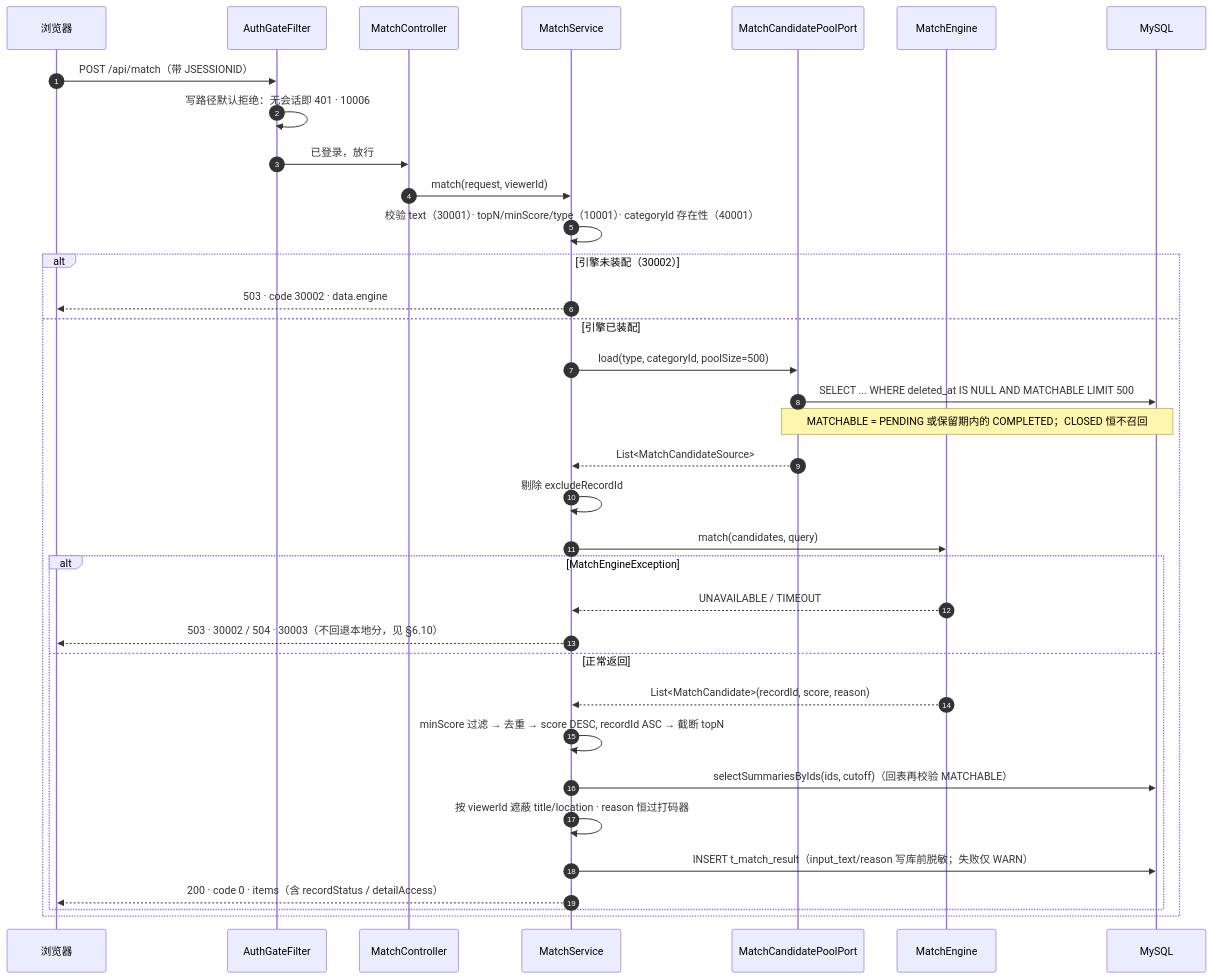
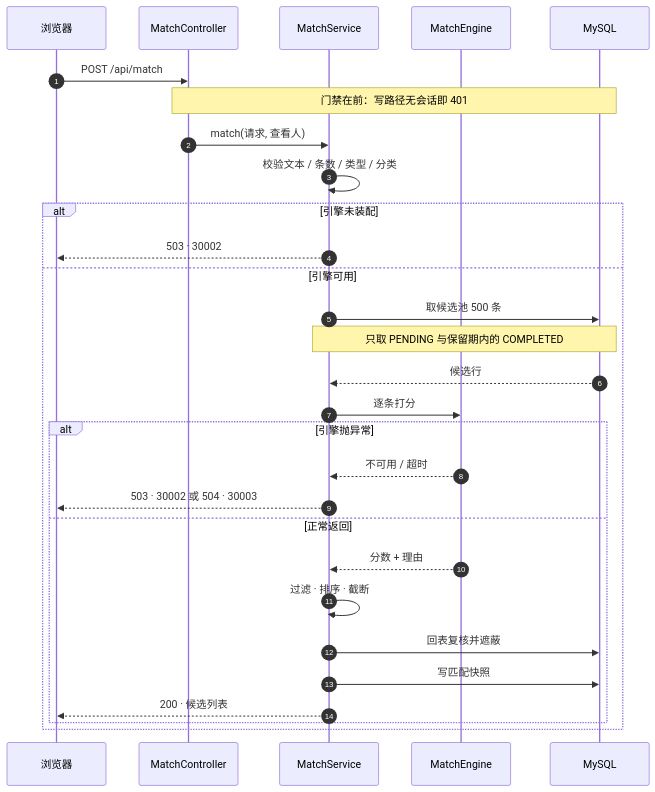
One commit to BLingKiy/find-it-campus changed the diagram in docs/design/diagrams/match-sequence.mmd. Above: the diagram before and after it, drawn with Mermaid. The commit also changed 58 other files, not shown here.

```diff
--- a/docs/design/diagrams/match-sequence.mmd
+++ b/docs/design/diagrams/match-sequence.mmd
@@ -1,39 +1,36 @@
-%% find-it-campus · POST /api/match 调用时序（v2，含失败出口）
-%% 事实来源：AuthGateFilter / MatchController / MatchService / RecordCandidatePoolAdapter / KeywordMatchEngine / MatchResultMapper
+%% find-it-campus · POST /api/match 调用时序（含失败出口）
+%% 事实来源：AuthGateFilter / MatchController / MatchService / RecordCandidatePoolAdapter /
+%%          KeywordMatchEngine / MatchResultMapper
+%% 版式：参与者 ≤5、单条消息 ≤18 字
+%%{init: {"themeVariables": {"fontSize": "18px"}, "sequence": {"actorFontSize": 18, "noteFontSize": 17, "messageFontSize": 17, "wrap": false}}}%%
 sequenceDiagram
   autonumber
-  participant C as 浏览器
-  participant Gate as AuthGateFilter
-  participant Ctl as MatchController
-  participant Svc as MatchService
-  participant Pool as MatchCandidatePoolPort
-  participant Eng as MatchEngine
+  participant B as 浏览器
+  participant C as MatchController
+  participant S as MatchService
+  participant E as MatchEngine
   participant DB as MySQL
 
-  C->>Gate: POST /api/match（带 JSESSIONID）
-  Gate->>Gate: 写路径默认拒绝：无会话即 401 · 10006
-  Gate->>Ctl: 已登录，放行
-  Ctl->>Svc: match(request, viewerId)
-  Svc->>Svc: 校验 text（30001）· topN/minScore/type（10001）· categoryId 存在性（40001）
+  B->>C: POST /api/match
+  Note over C,DB: 门禁在前：写路径无会话即 401
+  C->>S: match(请求, 查看人)
+  S->>S: 校验文本 / 条数 / 类型 / 分类
 
-  alt 引擎未装配（30002）
-    Svc-->>C: 503 · code 30002 · data.engine
-  else 引擎已装配
-    Svc->>Pool: load(type, categoryId, poolSize=500)
-    Pool->>DB: SELECT ... WHERE deleted_at IS NULL AND MATCHABLE LIMIT 500
-    Note over Pool,DB: MATCHABLE = PENDING 或保留期内的 COMPLETED；CLOSED 恒不召回
-    Pool-->>Svc: List<MatchCandidateSource>
-    Svc->>Svc: 剔除 excludeRecordId
-    Svc->>Eng: match(candidates, query)
-    alt MatchEngineException
-      Eng-->>Svc: UNAVAILABLE / TIMEOUT
-      Svc-->>C: 503 · 30002 / 504 · 30003（不回退本地分，见 §6.10）
+  alt 引擎未装配
+    S-->>B: 503 · 30002
+  else 引擎可用
+    S->>DB: 取候选池 500 条
+    Note over S,DB: 只取 PENDING 与保留期内的 COMPLETED
+    DB-->>S: 候选行
+    S->>E: 逐条打分
+    alt 引擎抛异常
+      E-->>S: 不可用 / 超时
+      S-->>B: 503 · 30002 或 504 · 30003
     else 正常返回
-      Eng-->>Svc: List<MatchCandidate>(recordId, score, reason)
-      Svc->>Svc: minScore 过滤 → 去重 → score DESC, recordId ASC → 截断 topN
-      Svc->>DB: selectSummariesByIds(ids, cutoff)（回表再校验 MATCHABLE）
-      Svc->>Svc: 按 viewerId 遮蔽 title/location · reason 恒过打码器
-      Svc->>DB: INSERT t_match_result（input_text/reason 写库前脱敏；失败仅 WARN）
-      Svc-->>C: 200 · code 0 · items（含 recordStatus / detailAccess）
+      E-->>S: 分数 + 理由
+      S->>S: 过滤 · 排序 · 截断
+      S->>DB: 回表复核并遮蔽
+      S->>DB: 写匹配快照
+      S-->>B: 200 · 候选列表
     end
   end
```
